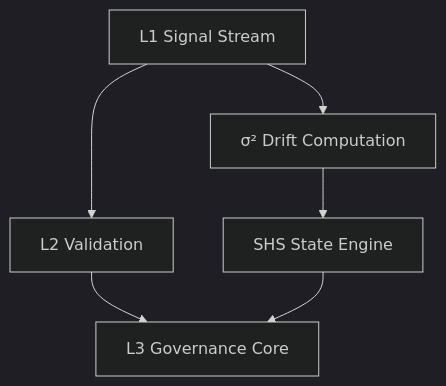
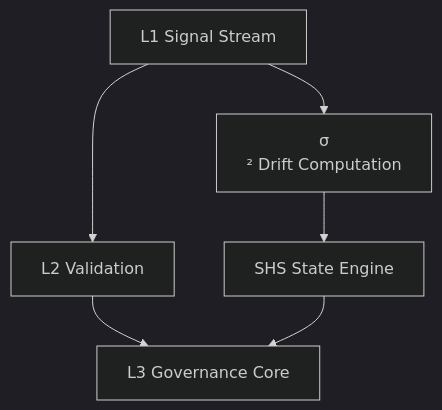
One commit to GeneralSergal/ORP changed the third of 5 diagrams in README.md. Above: the diagram before and after it, drawn with Mermaid (dark theme). The commit also changed other lines of this file, not shown here.

````diff
--- a/README.md
+++ b/README.md
@@ -85,8 +74,9 @@
 ```mermaid
 flowchart TD
     L1[L1 Signal Stream] --> L2[L2 Validation]
     L2 --> L3[L3 Governance Core]
-    L1 --> SIGMA[σ² Drift Computation]
+    L1 --> SIGMA[σ
+² Drift Computation]
     SIGMA --> SHS[SHS State Engine]
     SHS --> L3
 ```
````
